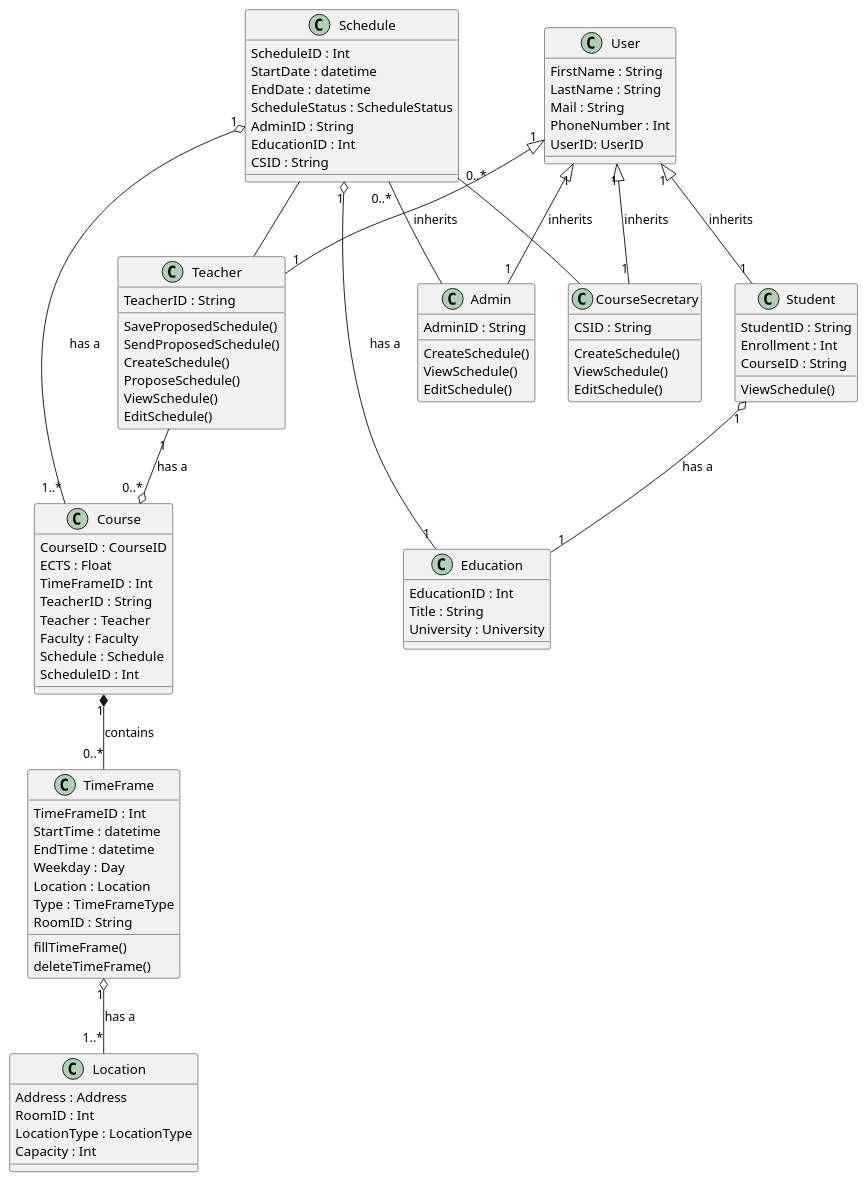
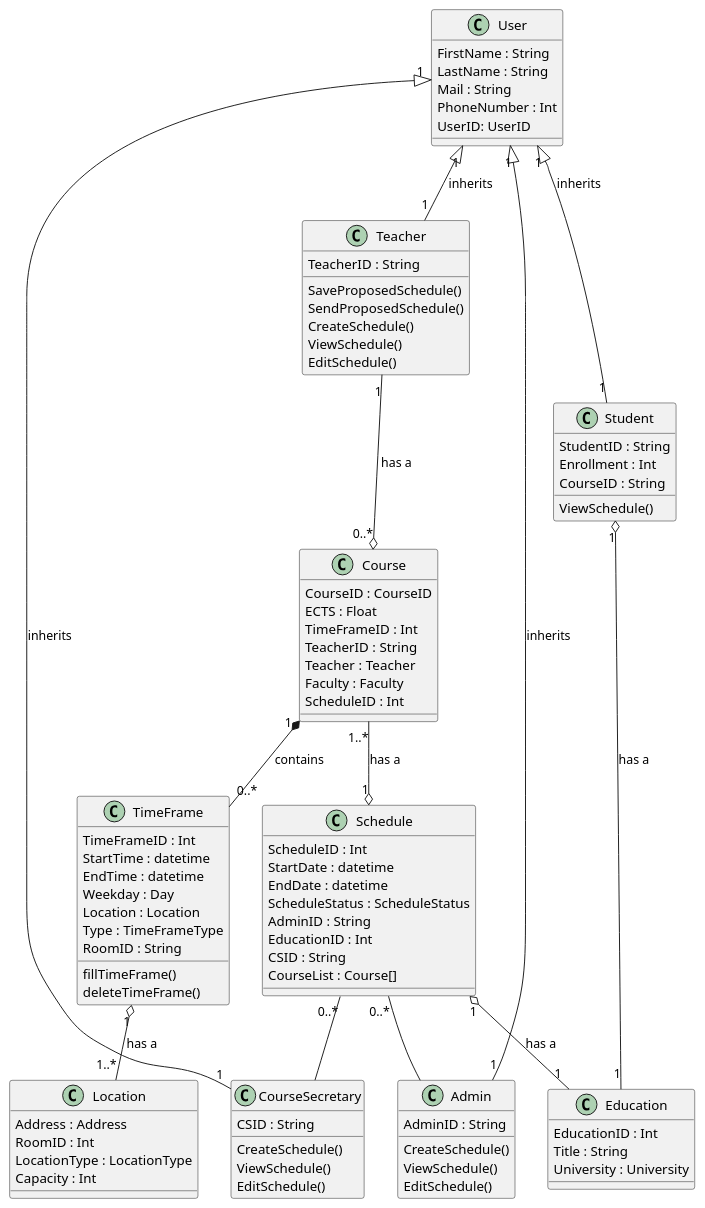
Before and after one commit to frejabauch/Systemudvikling_FSIS: the diagram in Diagrams/ClassDiagram.puml, drawn with PlantUML. The commit also changed 12 other files, not shown here.

```diff
--- a/Diagrams/ClassDiagram.puml
+++ b/Diagrams/ClassDiagram.puml
@@ -1,120 +1,119 @@
 @startuml ClassDiagram
 
 class Education {
     EducationID : Int
     Title : String
     University : University
 }
 
 class Schedule{
     ScheduleID : Int
     StartDate : datetime
     EndDate : datetime
     ScheduleStatus : ScheduleStatus
     AdminID : String
     EducationID : Int
     CSID : String
+    CourseList : Course[]
 }
 
 class Location{
     Address : Address
     RoomID : Int
     LocationType : LocationType
     Capacity : Int
 }
 
 class Course{
     CourseID : CourseID
     ECTS : Float
     TimeFrameID : Int
     TeacherID : String
     Teacher : Teacher
     Faculty : Faculty
-    Schedule : Schedule
     ScheduleID : Int
 }
 
 
 class User{
     FirstName : String
     LastName : String
     Mail : String
     PhoneNumber : Int
     UserID: UserID
 }
 
 ' class Semester{
 '     Courses : Course[]
 '     StartDate : Datetime
 ' }
 
 class Student{
     StudentID : String
     Enrollment : Int
     CourseID : String
     ViewSchedule()
 }
 
 class Teacher{
     TeacherID : String
     SaveProposedSchedule()
     SendProposedSchedule()
     CreateSchedule()
-    ProposeSchedule()
+    ' ProposeSchedule()
     ViewSchedule()
     EditSchedule()
 }
 
 class Admin{
     AdminID : String
     CreateSchedule()
     ViewSchedule()
     EditSchedule()
 }
 
 class TimeFrame{
     TimeFrameID : Int
     StartTime : datetime
     EndTime : datetime
     Weekday : Day
     Location : Location
     Type : TimeFrameType
     RoomID : String
     fillTimeFrame()
     deleteTimeFrame()
 }
 
 class CourseSecretary{
     CSID : String
     CreateSchedule()
     ViewSchedule()
     EditSchedule()
 }
 
 ' User"1" o-- "1" Schedule : has a
 Course"1..*" --o "1" Schedule : has a
 ' Student"1" o-- "1" Schedule : has a
 ' Teacher"1" o-- "1" Schedule : has a
 
 ' Education"1" *-- "4..6" Semester : contains
 
 TimeFrame "1" o-- "1..*"Location : has a
 
 User"1" <|-- "1"Student : inherits
 User"1" <|-- "1"Teacher : inherits
 User"1" <|-- "1"Admin : inherits
 User"1" <|-- "1"CourseSecretary : inherits
 
 ' Semester"1" *-- "1..*" Course : contains
 ' Course"1" *-- "0..*" Class : contains
 Course"1" *-- "0..*" TimeFrame : contains
 Teacher"1" --o "0..*" Course : has a
 Student"1" o-- "1" Education : has a
 Schedule"1" o-- "1"Education : has a
 Schedule"0..*" -- Admin
 Schedule"0..*" -- CourseSecretary
-Schedule -- Teacher
 
 ' Login "1" -- "1" User : login
 
 @enduml
```
